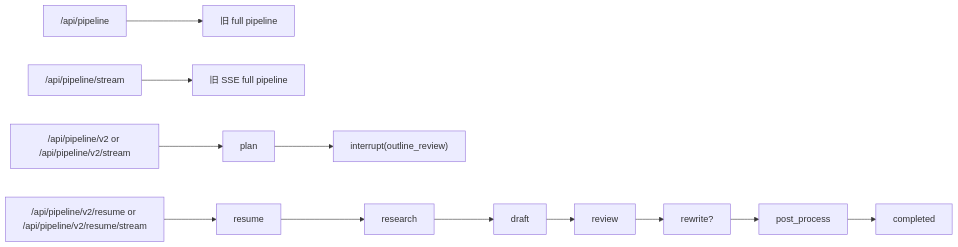
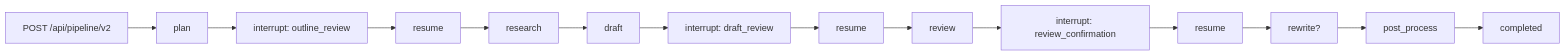
The second of 2 diagrams in README.md (daydreamer17/Intelligent-writing-assistant), drawn with Mermaid before and after one commit. The commit also changed other lines of this file and 14 other files, not shown here.

````diff
--- a/README.md
+++ b/README.md
@@ -125,15 +84,16 @@
 ```mermaid
 flowchart LR
-    A["/api/pipeline"] --> B["旧 full pipeline"]
-    C["/api/pipeline/stream"] --> D["旧 SSE full pipeline"]
-
-    E["/api/pipeline/v2 or /api/pipeline/v2/stream"] --> F["plan"]
-    F --> G["interrupt(outline_review)"]
-    H["/api/pipeline/v2/resume or /api/pipeline/v2/resume/stream"] --> I["resume"]
-    I --> J["research"]
-    J --> K["draft"]
-    K --> L["review"]
-    L --> M["rewrite?"]
-    M --> N["post_process"]
-    N --> O["completed"]
+    A["POST /api/pipeline/v2"] --> B["plan"]
+    B --> C["interrupt: outline_review"]
+    C --> D["resume"]
+    D --> E["research"]
+    E --> F["draft"]
+    F --> G["interrupt: draft_review"]
+    G --> H["resume"]
+    H --> I["review"]
+    I --> J["interrupt: review_confirmation"]
+    J --> K["resume"]
+    K --> L["rewrite?"]
+    L --> M["post_process"]
+    M --> N["completed"]
 ```
````
